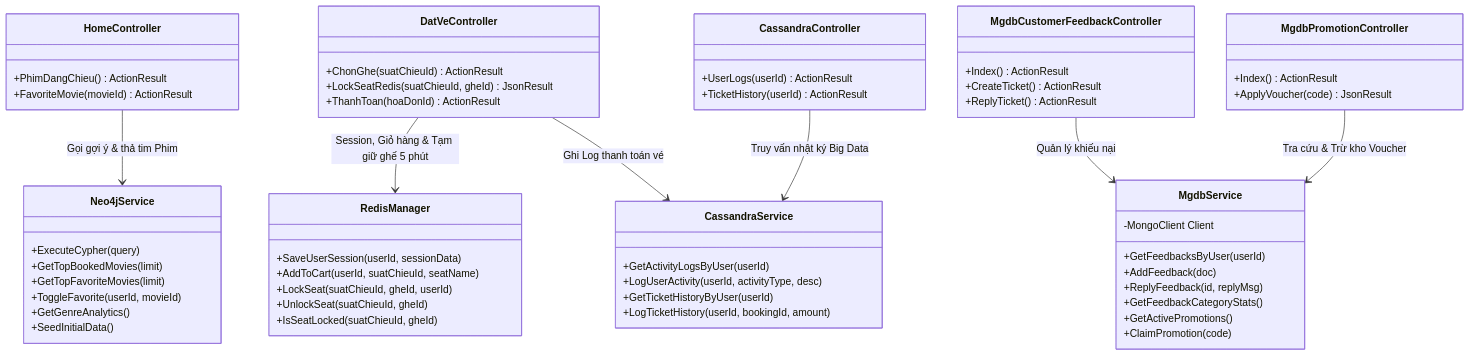
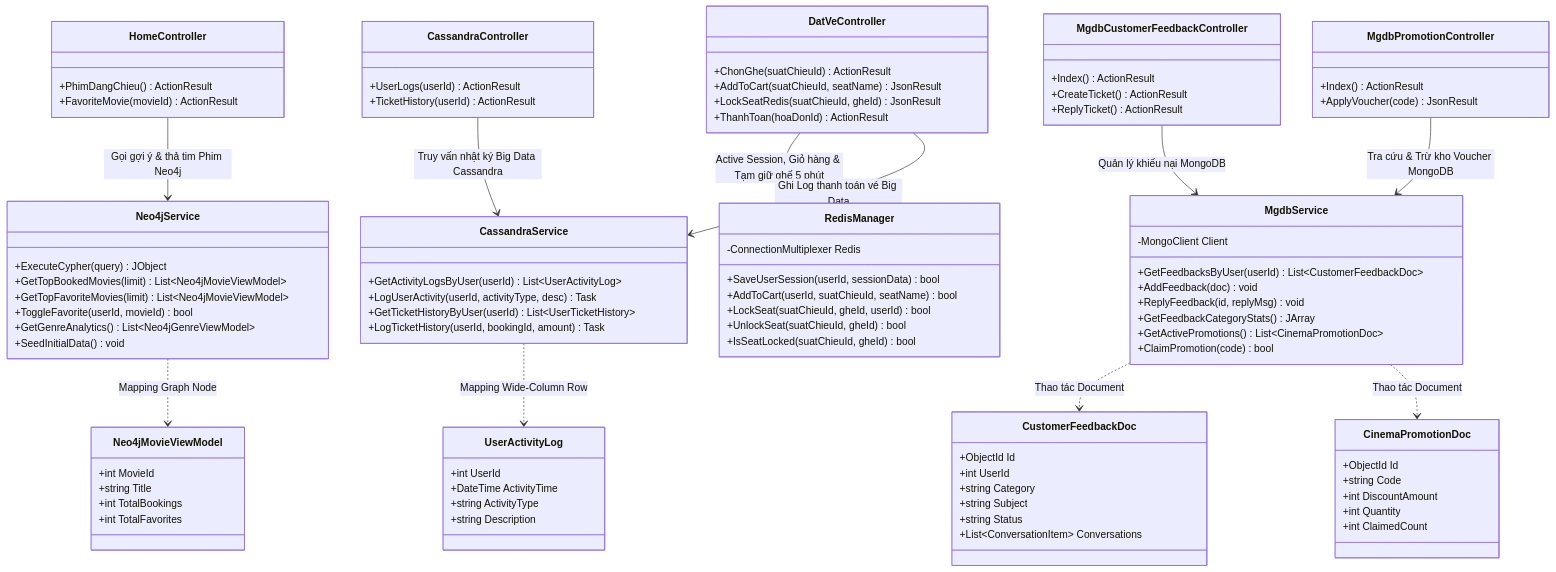
The fourth of 13 diagrams in TaiLieu/TaiLieu_SDS_ToanBo_HeThong_Movana.md (Anh-BE/WEB_DatVe_XemPhim), drawn with Mermaid before and after one commit. The commit also changed other lines of this file and 1 other file, not shown here.

Commit message:
[Doc] Nang cap So do Lop Chuong 7 kien truc 3 Tang (Controllers, Services, Data Models DTOs)

````diff
--- a/TaiLieu/TaiLieu_SDS_ToanBo_HeThong_Movana.md
+++ b/TaiLieu/TaiLieu_SDS_ToanBo_HeThong_Movana.md
@@ -438,5 +443,8 @@
 ```mermaid
 classDiagram
+    %% ==========================================
+    %% 1. TẦNG WEB CONTROLLERS
+    %% ==========================================
     class HomeController {
         +PhimDangChieu() ActionResult
         +FavoriteMovie(movieId) ActionResult
@@ -444,6 +452,7 @@
 
     class DatVeController {
         +ChonGhe(suatChieuId) ActionResult
+        +AddToCart(suatChieuId, seatName) JsonResult
         +LockSeatRedis(suatChieuId, gheId) JsonResult
         +ThanhToan(hoaDonId) ActionResult
     }
@@ -464,44 +473,90 @@
         +TicketHistory(userId) ActionResult
     }
 
+    %% ==========================================
+    %% 2. TẦNG DATA ACCESS SERVICES (5 DATABASES)
+    %% ==========================================
     class MgdbService {
         -MongoClient Client
-        +GetFeedbacksByUser(userId)
-        +AddFeedback(doc)
-        +ReplyFeedback(id, replyMsg)
-        +GetFeedbackCategoryStats()
-        +GetActivePromotions()
-        +ClaimPromotion(code)
+        +GetFeedbacksByUser(userId) List~CustomerFeedbackDoc~
+        +AddFeedback(doc) void
+        +ReplyFeedback(id, replyMsg) void
+        +GetFeedbackCategoryStats() JArray
+        +GetActivePromotions() List~CinemaPromotionDoc~
+        +ClaimPromotion(code) bool
     }
 
     class Neo4jService {
-        +ExecuteCypher(query)
-        +GetTopBookedMovies(limit)
-        +GetTopFavoriteMovies(limit)
-        +ToggleFavorite(userId, movieId)
-        +GetGenreAnalytics()
-        +SeedInitialData()
+        +ExecuteCypher(query) JObject
+        +GetTopBookedMovies(limit) List~Neo4jMovieViewModel~
+        +GetTopFavoriteMovies(limit) List~Neo4jMovieViewModel~
+        +ToggleFavorite(userId, movieId) bool
+        +GetGenreAnalytics() List~Neo4jGenreViewModel~
+        +SeedInitialData() void
     }
 
     class CassandraService {
-        +GetActivityLogsByUser(userId)
-        +LogUserActivity(userId, activityType, desc)
-        +GetTicketHistoryByUser(userId)
-        +LogTicketHistory(userId, bookingId, amount)
+        +GetActivityLogsByUser(userId) List~UserActivityLog~
+        +LogUserActivity(userId, activityType, desc) Task
+        +GetTicketHistoryByUser(userId) List~UserTicketHistory~
+        +LogTicketHistory(userId, bookingId, amount) Task
     }
 
     class RedisManager {
-        +SaveUserSession(userId, sessionData)
-        +AddToCart(userId, suatChieuId, seatName)
-        +LockSeat(suatChieuId, gheId, userId)
-        +UnlockSeat(suatChieuId, gheId)
-        +IsSeatLocked(suatChieuId, gheId)
+        -ConnectionMultiplexer Redis
+        +SaveUserSession(userId, sessionData) bool
+        +AddToCart(userId, suatChieuId, seatName) bool
+        +LockSeat(suatChieuId, gheId, userId) bool
+        +UnlockSeat(suatChieuId, gheId) bool
+        +IsSeatLocked(suatChieuId, gheId) bool
     }
 
-    HomeController --> Neo4jService : Gọi gợi ý & thả tim Phim
-    DatVeController --> RedisManager : Session, Giỏ hàng & Tạm giữ ghế 5 phút
-    DatVeController --> CassandraService : Ghi Log thanh toán vé
-    MgdbCustomerFeedbackController --> MgdbService : Quản lý khiếu nại
-    MgdbPromotionController --> MgdbService : Tra cứu & Trừ kho Voucher
-    CassandraController --> CassandraService : Truy vấn nhật ký Big Data
+    %% ==========================================
+    %% 3. TẦNG ENTITIES & DATA MODELS (DTOs)
+    %% ==========================================
+    class CustomerFeedbackDoc {
+        +ObjectId Id
+        +int UserId
+        +string Category
+        +string Subject
+        +string Status
+        +List~ConversationItem~ Conversations
+    }
+
+    class CinemaPromotionDoc {
+        +ObjectId Id
+        +string Code
+        +int DiscountAmount
+        +int Quantity
+        +int ClaimedCount
+    }
+
+    class Neo4jMovieViewModel {
+        +int MovieId
+        +string Title
+        +int TotalBookings
+        +int TotalFavorites
+    }
+
+    class UserActivityLog {
+        +int UserId
+        +DateTime ActivityTime
+        +string ActivityType
+        +string Description
+    }
+
+    %% ==========================================
+    %% QUAN HỆ KẾT NỐI GIỮA CÁC LỚP (RELATIONSHIPS)
+    %% ==========================================
+    HomeController --> Neo4jService : Gọi gợi ý & thả tim Phim Neo4j
+    DatVeController --> RedisManager : Active Session, Giỏ hàng & Tạm giữ ghế 5 phút
+    DatVeController --> CassandraService : Ghi Log thanh toán vé Big Data
+    MgdbCustomerFeedbackController --> MgdbService : Quản lý khiếu nại MongoDB
+    MgdbPromotionController --> MgdbService : Tra cứu & Trừ kho Voucher MongoDB
+    CassandraController --> CassandraService : Truy vấn nhật ký Big Data Cassandra
+
+    MgdbService ..> CustomerFeedbackDoc : Thao tác Document
+    MgdbService ..> CinemaPromotionDoc : Thao tác Document
+    Neo4jService ..> Neo4jMovieViewModel : Mapping Graph Node
+    CassandraService ..> UserActivityLog : Mapping Wide-Column Row
 ```
````
